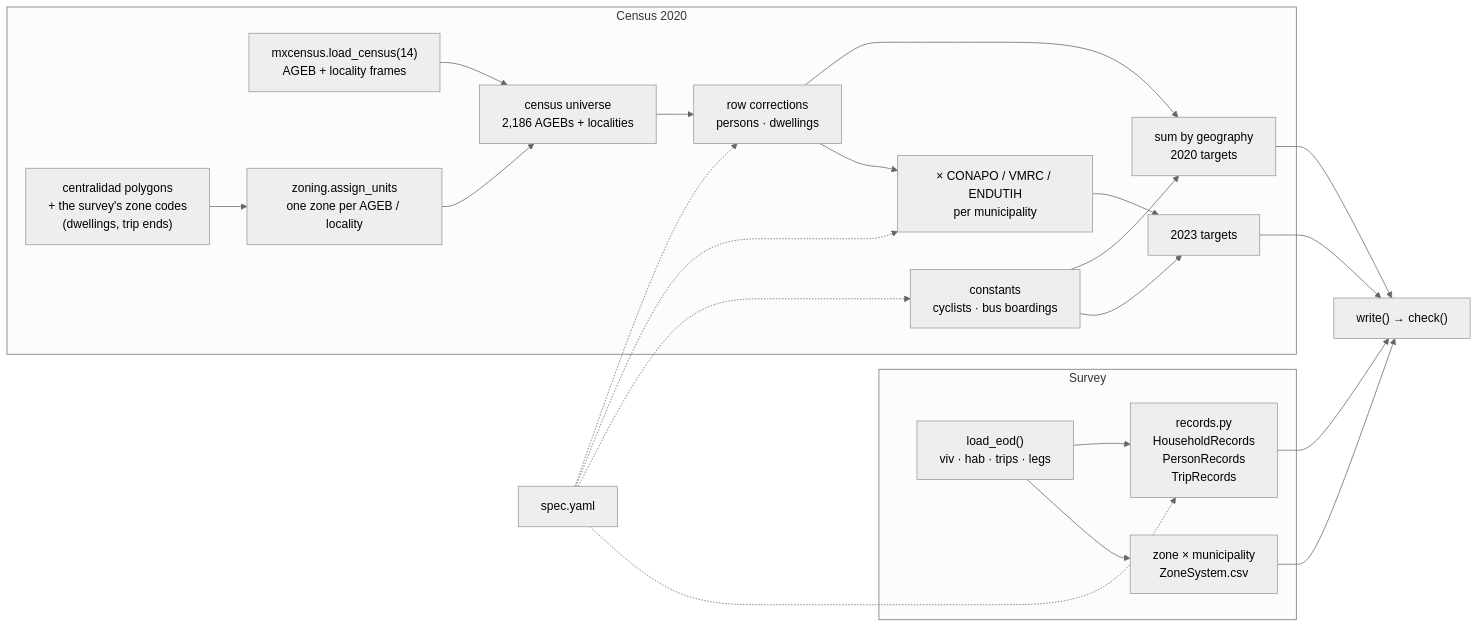
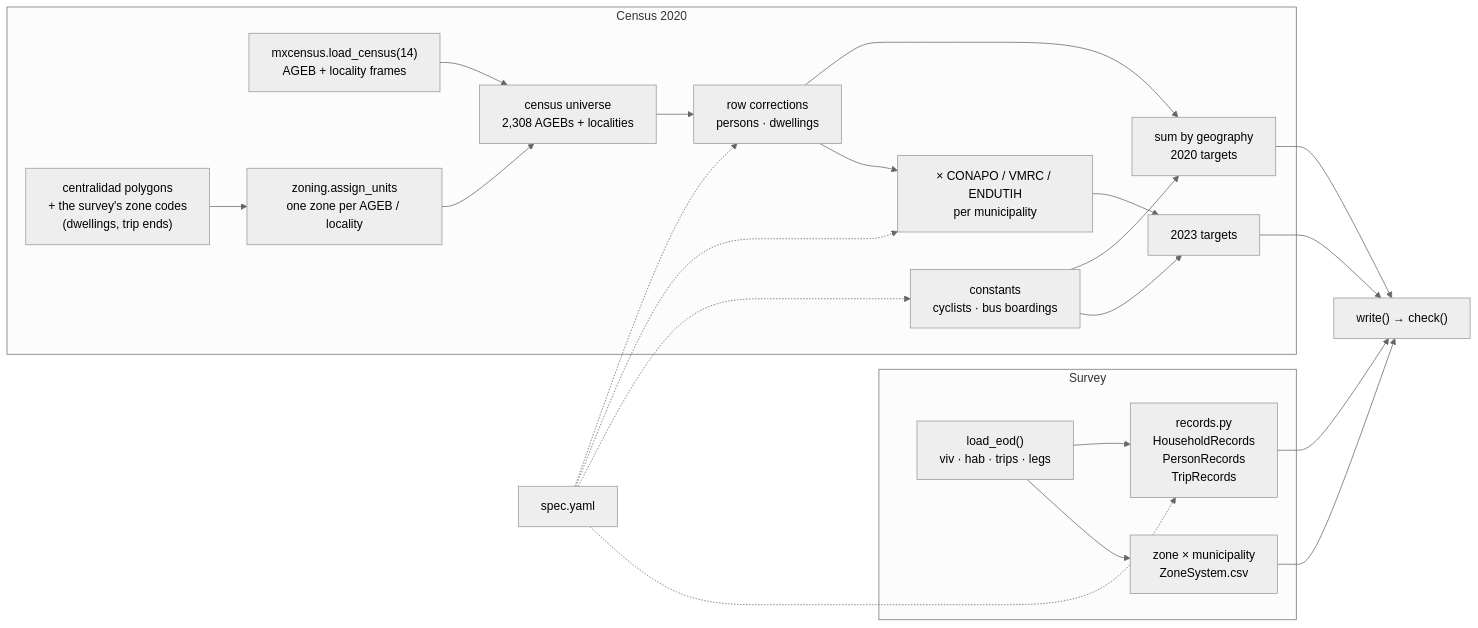
The diagram in reports/reweight_inputs.qmd (CentroFuturoCiudades/eodgdl), drawn with Mermaid (neutral theme) before and after one commit. The commit also changed other lines of this file and 4 other files, not shown here.

````diff
--- a/reports/reweight_inputs.qmd
+++ b/reports/reweight_inputs.qmd
@@ -157,19 +157,19 @@
 ```{mermaid}
 %%| label: fig-flow
 %%| fig-cap: "The build. Survey tables become records (left); census rows become targets (right). The spec is the only place any definition lives."
 flowchart LR
   subgraph survey [Survey]
     A["load_eod()<br/>viv · hab · trips · legs"] --> R["records.py<br/>HouseholdRecords<br/>PersonRecords<br/>TripRecords"]
     A --> Z["zone × municipality<br/>ZoneSystem.csv"]
   end
   subgraph census [Census 2020]
-    C["mxcensus.load_census(14)<br/>AGEB + locality frames"] --> U["census universe<br/>2,186 AGEBs + localities"]
+    C["mxcensus.load_census(14)<br/>AGEB + locality frames"] --> U["census universe<br/>2,308 AGEBs + localities"]
     X["centralidad polygons<br/>+ the survey's zone codes<br/>(dwellings, trip ends)"] --> Z2["zoning.assign_units<br/>one zone per AGEB / locality"] --> U
     U --> S["row corrections<br/>persons · dwellings"]
     S --> T20["sum by geography<br/>2020 targets"]
     S --> G["× CONAPO / VMRC / ENDUTIH<br/>per municipality"] --> T23["2023 targets"]
     K["constants<br/>cyclists · bus boardings"] --> T20 & T23
   end
   Y["spec.yaml"] -.-> R & S & G & K
   R & Z & T20 & T23 --> W["write() → check()"]
 ```
````
